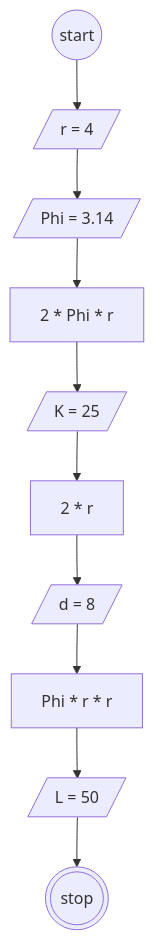
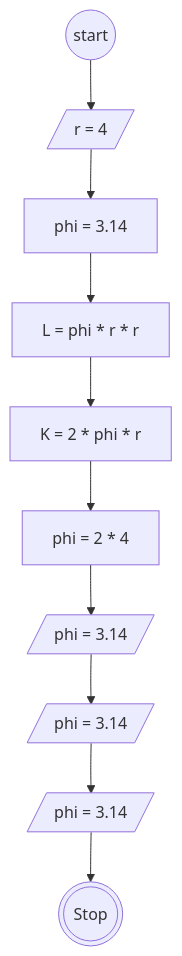
The diagram in flowchart-luas-keliling-lingkaran.md (AbiPasundan/koda-b6-algoritma), drawn with Mermaid before and after one commit.

````diff
--- a/flowchart-luas-keliling-lingkaran.md
+++ b/flowchart-luas-keliling-lingkaran.md
@@ -1,17 +3,16 @@
 ```mermaid
+
 flowchart TB
  A@{ shape: circ, label: "start"} 
  B@{ shape: lean-r, label: "r = 4"}
- C@{ shape: lean-r, label: "Phi = 3.14"}
- D@{ shape: rect, label: "2 * Phi * r" }
- E@{ shape: lean-r, label: "K = 25"}
- F@{ shape: rect, label: "2 * r"}
- G@{ shape: lean-r, label: "d = 8"}
- H@{ shape: rect, label: "Phi * r * r"}
- I@{ shape: lean-r, label: "L = 50"}
- Z@{ shape: dbl-circ, label: "stop"}
+ C@{ shape: rect, label: "phi = 3.14" }
+ Luas@{ shape: rect, label: "L = phi * r * r" }
+ Keliling@{ shape: rect, label: "K = 2 * phi * r" }
+ Diameter@{ shape: rect, label: "phi = 2 * 4" }
+ OutputLuas@{ shape: lean-r, label: "phi = 3.14" }
+ OutputKeliling@{ shape: lean-r, label: "phi = 3.14" }
+ OutputDiameter@{ shape: lean-r, label: "phi = 3.14" }
+ Stop@{ shape: dbl-circ, label: "Stop" }
 
-
-A-->B-->C-->D-->E-->F-->G-->H-->I-->Z
-
+A-->B-->C-->Luas-->Keliling-->Diameter-->OutputLuas-->OutputKeliling-->OutputDiameter-->Stop
 ```
````
